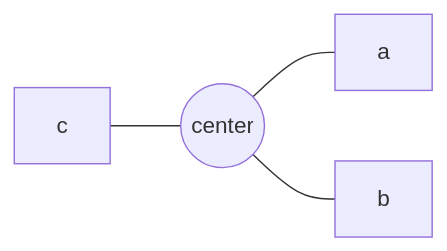
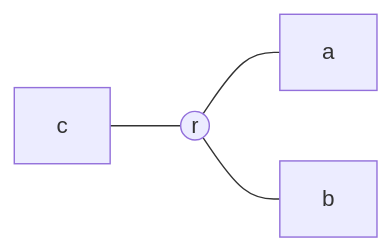
Before and after one commit to Project-Starlivia/mmm: diagram 15 of 17 in docs/superpowers/specs/2026-08-29-op-cases.md, drawn with Mermaid. The commit also changed other lines of this file and 10 other files, not shown here.

````diff
--- a/docs/superpowers/specs/2026-08-29-op-cases.md
+++ b/docs/superpowers/specs/2026-08-29-op-cases.md
@@ -670,6 +670,6 @@
 ```mermaid
 graph LR
-  c --- ce((center))
+  c --- ce((r))
   ce --- a
   ce --- b
 ```
````
